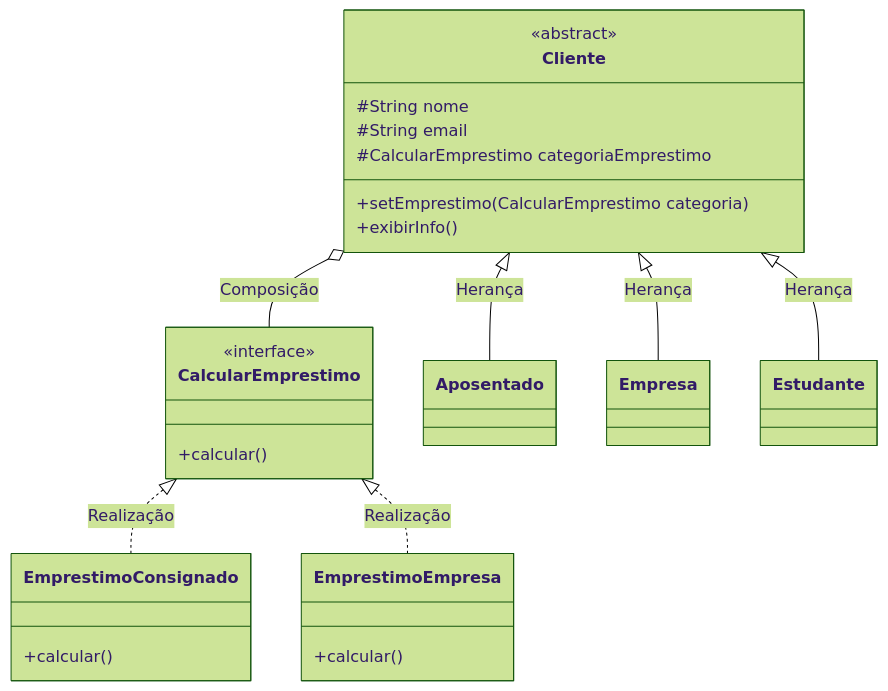
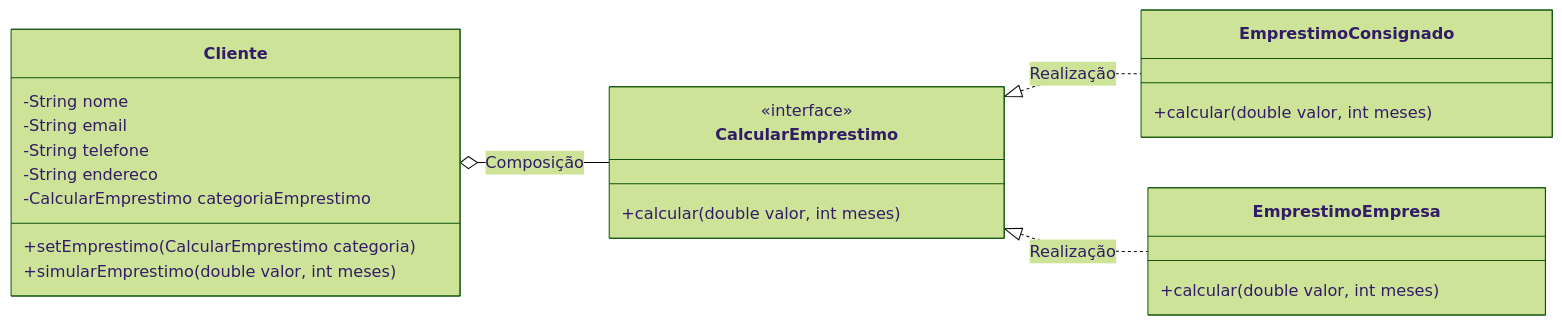
Before and after one commit to dievit/Bertoti: the second of 2 diagrams in padroes/strategy/Readme.md, drawn with Mermaid (forest theme). The commit also changed other lines of this file, not shown here.

Commit message:
Update Readme.md for clarity on Strategy Pattern
Revised the Readme.md to clarify the project's purpose and structure, emphasizing the use of composition over inheritance in the Strategy Pattern. Updated UML diagrams and code examples to reflect changes in the implementation.

````diff
--- a/padroes/strategy/Readme.md
+++ b/padroes/strategy/Readme.md
@@ -61,38 +61,32 @@
 ```mermaid
 classDiagram
-    direction TR
-    
+    direction LR
+
     class Cliente {
-        <<abstract>>
-        #String nome
-        #String email
-        #CalcularEmprestimo categoriaEmprestimo
+        -String nome
+        -String email
+        -String telefone
+        -String endereco
+        -CalcularEmprestimo categoriaEmprestimo
         +setEmprestimo(CalcularEmprestimo categoria)
-        +exibirInfo()
+        +simularEmprestimo(double valor, int meses)
     }
 
     class CalcularEmprestimo {
         <<interface>>
-        +calcular()
+        +calcular(double valor, int meses)
     }
 
-    class Aposentado
-    class Empresa
-    class Estudante
-
     class EmprestimoConsignado {
-        +calcular()
-    }
-    class EmprestimoEmpresa {
-        +calcular()
+        +calcular(double valor, int meses)
     }
 
-    Cliente <|-- Aposentado : Herança
-    Cliente <|-- Empresa : Herança
-    Cliente <|-- Estudante : Herança
-    
+    class EmprestimoEmpresa {
+        +calcular(double valor, int meses)
+    }
+
     Cliente o-- CalcularEmprestimo : Composição
-    
+
     CalcularEmprestimo <|.. EmprestimoConsignado : Realização
     CalcularEmprestimo <|.. EmprestimoEmpresa : Realização
 ```
````
